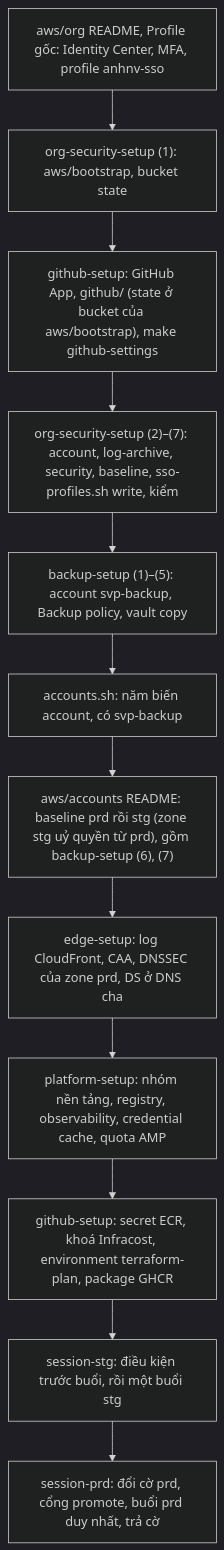
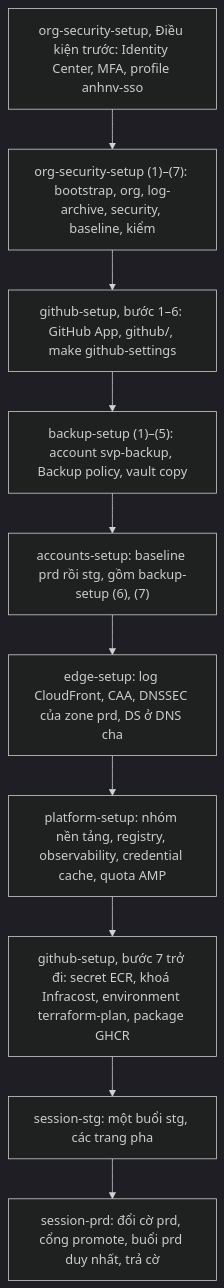
Before and after one commit to anhnvcoder/svp-infra: the diagram in docs/runbooks/README.md, drawn with Mermaid (dark theme). The commit also changed other lines of this file and 123 other files, not shown here.

First line of the commit message:
docs: rebuild handbook, runbooks and reference with D2 diagrams (#64)

````diff
--- a/docs/runbooks/README.md
+++ b/docs/runbooks/README.md
@@ -87,15 +55,13 @@
 ```mermaid
 flowchart TD
-  A["aws/org README, Profile gốc: Identity Center, MFA, profile anhnv-sso"] --> B
-  B["org-security-setup (1): aws/bootstrap, bucket state"] --> C
-  C["github-setup: GitHub App, github/ (state ở bucket của aws/bootstrap), make github-settings"] --> D
-  D["org-security-setup (2)–(7): account, log-archive, security, baseline, sso-profiles.sh write, kiểm"] --> I
-  I["backup-setup (1)–(5): account svp-backup, Backup policy, vault copy"] --> E
-  E["accounts.sh: năm biến account, có svp-backup"] --> F
-  F["aws/accounts README: baseline prd rồi stg (zone stg uỷ quyền từ prd), gồm backup-setup (6), (7)"] --> G
+  A["org-security-setup, Điều kiện trước: Identity Center, MFA, profile anhnv-sso"] --> B
+  B["org-security-setup (1)–(7): bootstrap, org, log-archive, security, baseline, kiểm"] --> C
+  C["github-setup, bước 1–6: GitHub App, github/, make github-settings"] --> I
+  I["backup-setup (1)–(5): account svp-backup, Backup policy, vault copy"] --> F
+  F["accounts-setup: baseline prd rồi stg, gồm backup-setup (6), (7)"] --> G
   G["edge-setup: log CloudFront, CAA, DNSSEC của zone prd, DS ở DNS cha"] --> H
   H["platform-setup: nhóm nền tảng, registry, observability, credential cache, quota AMP"] --> J
-  J["github-setup: secret ECR, khoá Infracost, environment terraform-plan, package GHCR"] --> K
-  K["session-stg: điều kiện trước buổi, rồi một buổi stg"] --> L
+  J["github-setup, bước 7 trở đi: secret ECR, khoá Infracost, environment terraform-plan, package GHCR"] --> K
+  K["session-stg: một buổi stg, các trang pha"] --> L
   L["session-prd: đổi cờ prd, cổng promote, buổi prd duy nhất, trả cờ"]
 ```
````
